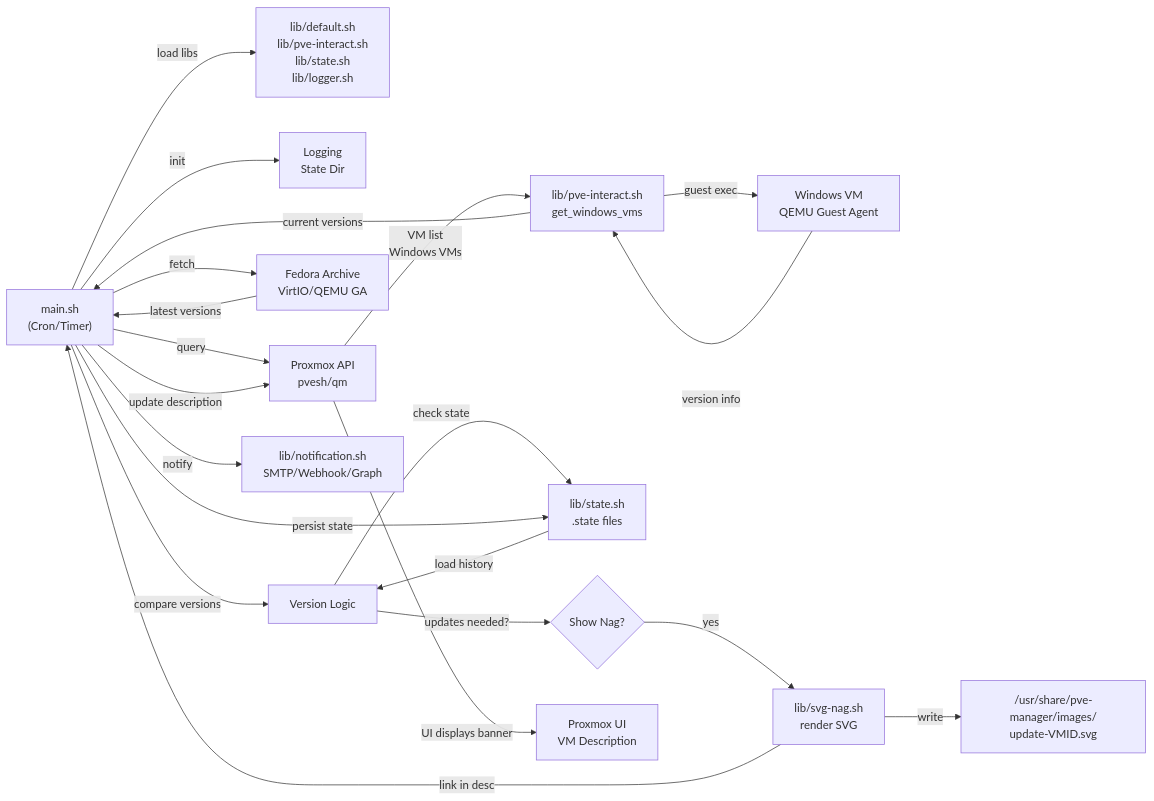
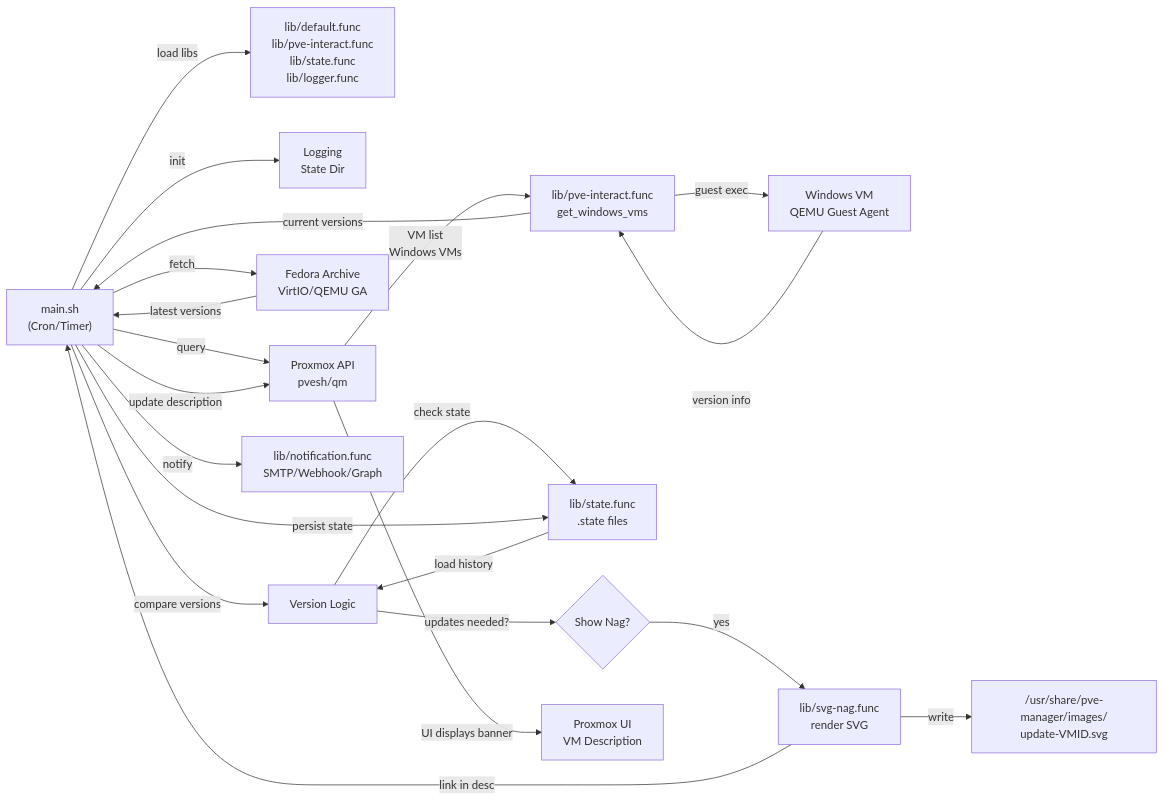
One commit to fs1n/PVE-QEMU-VirtIO-Updater changed the diagram in README.md. Above: the diagram before and after it, drawn with Mermaid.

Commit message:
Corrected lib/ content file endings

````diff
--- a/README.md
+++ b/README.md
@@ -41,23 +41,23 @@
 ```mermaid
 graph LR
-    A["main.sh<br/>(Cron/Timer)"] -->|load libs| B["lib/default.sh<br/>lib/pve-interact.sh<br/>lib/state.sh<br/>lib/logger.sh"]
+    A["main.sh<br/>(Cron/Timer)"] -->|load libs| B["lib/default.func<br/>lib/pve-interact.func<br/>lib/state.func<br/>lib/logger.func"]
     A -->|init| C["Logging<br/>State Dir"]
     A -->|query| D["Proxmox API<br/>pvesh/qm"]
-    D -->|VM list<br/>Windows VMs| E["lib/pve-interact.sh<br/>get_windows_vms"]
+    D -->|VM list<br/>Windows VMs| E["lib/pve-interact.func<br/>get_windows_vms"]
     E -->|guest exec| F["Windows VM<br/>QEMU Guest Agent"]
     F -->|version info| E
     E -->|current versions| A
     A -->|fetch| G["Fedora Archive<br/>VirtIO/QEMU GA"]
     G -->|latest versions| A
     A -->|compare versions| H["Version Logic"]
-    H -->|check state| I["lib/state.sh<br/>.state files"]
+    H -->|check state| I["lib/state.func<br/>.state files"]
     I -->|load history| H
     H -->|updates needed?| J{"Show Nag?"}
-    J -->|yes| K["lib/svg-nag.sh<br/>render SVG"]
+    J -->|yes| K["lib/svg-nag.func<br/>render SVG"]
     K -->|write| L["/usr/share/pve-manager/images/<br/>update-VMID.svg"]
     K -->|link in desc| A
     A -->|update description| D
     D -->|UI displays banner| M["Proxmox UI<br/>VM Description"]
     A -->|persist state| I
-    A -->|notify| N["lib/notification.sh<br/>SMTP/Webhook/Graph"]
+    A -->|notify| N["lib/notification.func<br/>SMTP/Webhook/Graph"]
 ```
````
